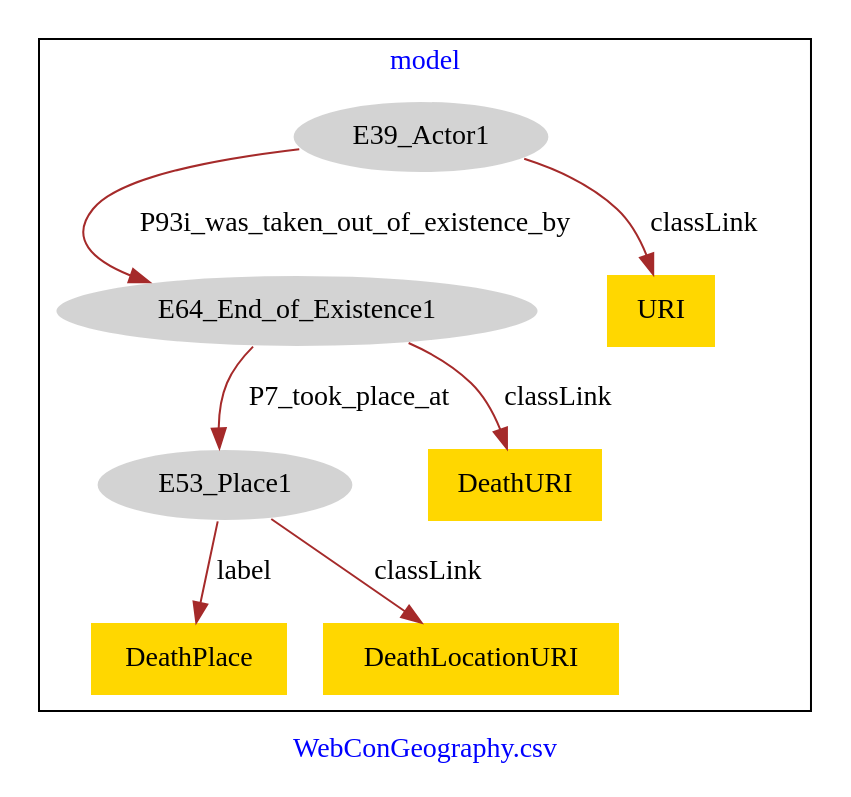
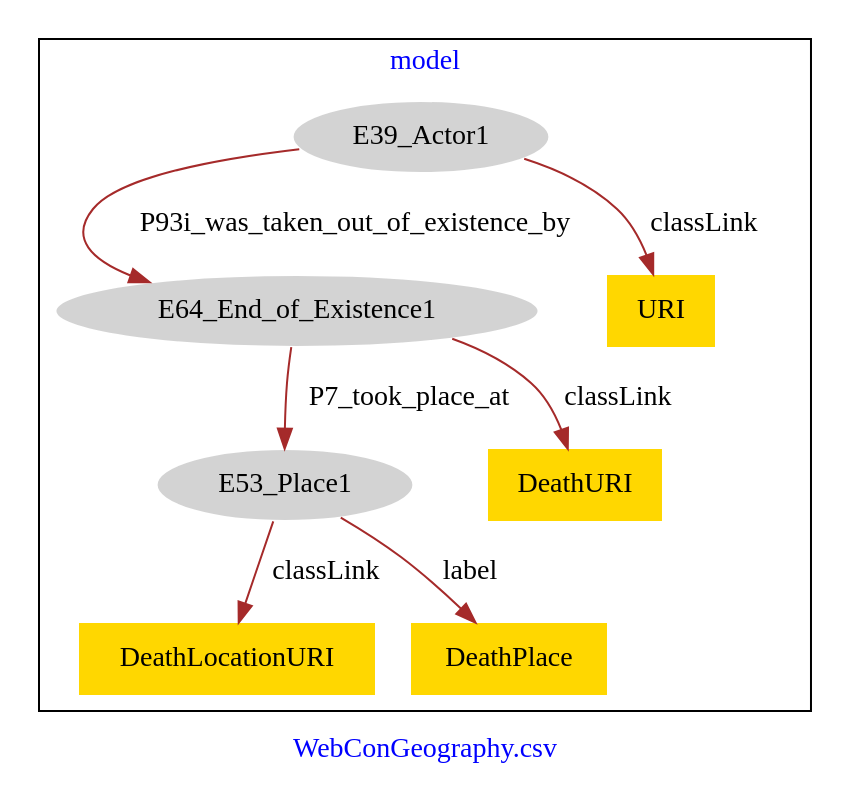
One commit to american-art/SAAM changed the diagram in WebConGeographyDeath/WebConGeographyDeath-model.dot. Above: the diagram before and after it, drawn with Graphviz.

Commit message:
Update file WebConGeographyDeath-model.dot

```diff
--- a/WebConGeographyDeath/WebConGeographyDeath-model.dot
+++ b/WebConGeographyDeath/WebConGeographyDeath-model.dot
@@ -1,21 +1,21 @@
 digraph n0 {
 fontcolor="blue"
 remincross="true"
 label="WebConGeography.csv"
 subgraph cluster {
 label="model"
 n2[style="filled",color="white",fillcolor="lightgray",label="E39_Actor1"];
 n3[style="filled",color="white",fillcolor="lightgray",label="E64_End_of_Existence1"];
 n4[style="filled",color="white",fillcolor="lightgray",label="E53_Place1"];
-n5[shape="plaintext",style="filled",fillcolor="gold",label="DeathPlace"];
+n5[shape="plaintext",style="filled",fillcolor="gold",label="DeathURI"];
 n6[shape="plaintext",style="filled",fillcolor="gold",label="URI"];
 n7[shape="plaintext",style="filled",fillcolor="gold",label="DeathLocationURI"];
-n8[shape="plaintext",style="filled",fillcolor="gold",label="DeathURI"];
+n8[shape="plaintext",style="filled",fillcolor="gold",label="DeathPlace"];
 }
 n2 -> n3[color="brown",fontcolor="black",label="P93i_was_taken_out_of_existence_by"]
 n3 -> n4[color="brown",fontcolor="black",label="P7_took_place_at"]
-n4 -> n5[color="brown",fontcolor="black",label="label"]
+n3 -> n5[color="brown",fontcolor="black",label="classLink"]
 n2 -> n6[color="brown",fontcolor="black",label="classLink"]
 n4 -> n7[color="brown",fontcolor="black",label="classLink"]
-n3 -> n8[color="brown",fontcolor="black",label="classLink"]
+n4 -> n8[color="brown",fontcolor="black",label="label"]
 }
```
